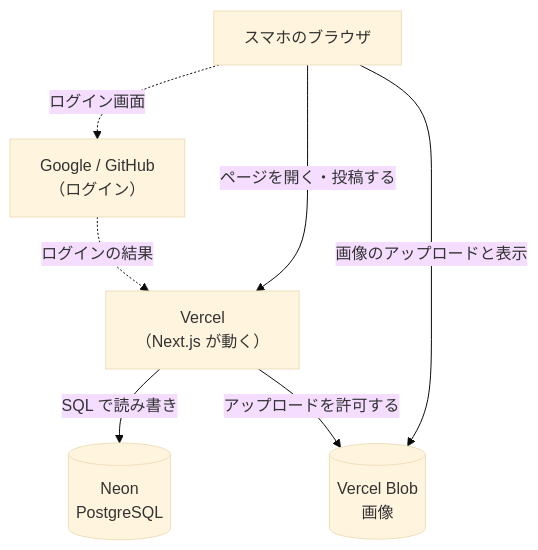
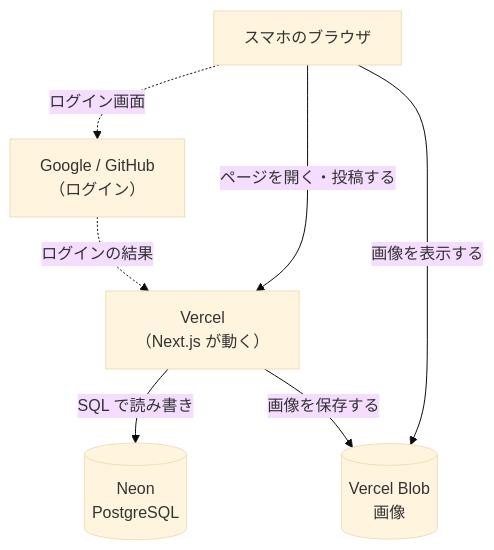
The first of 4 diagrams in docs/learning/00-overview.md (Azety1ene/SNS-learn), drawn with Mermaid (base theme) before and after one commit. The commit also changed 12 other files, not shown here.

````diff
--- a/docs/learning/00-overview.md
+++ b/docs/learning/00-overview.md
@@ -7,15 +7,15 @@
 ```mermaid
 flowchart TD
     U["スマホのブラウザ"]
     V["Vercel<br>（Next.js が動く）"]
     N[("Neon<br>PostgreSQL")]
     B[("Vercel Blob<br>画像")]
     G["Google / GitHub<br>（ログイン）"]
 
     U -->|ページを開く・投稿する| V
     V -->|SQL で読み書き| N
-    U -->|画像のアップロードと表示| B
-    V -->|アップロードを許可する| B
+    U -->|画像を表示する| B
+    V -->|画像を保存する| B
     U -.->|ログイン画面| G
     G -.->|ログインの結果| V
 ```
````
